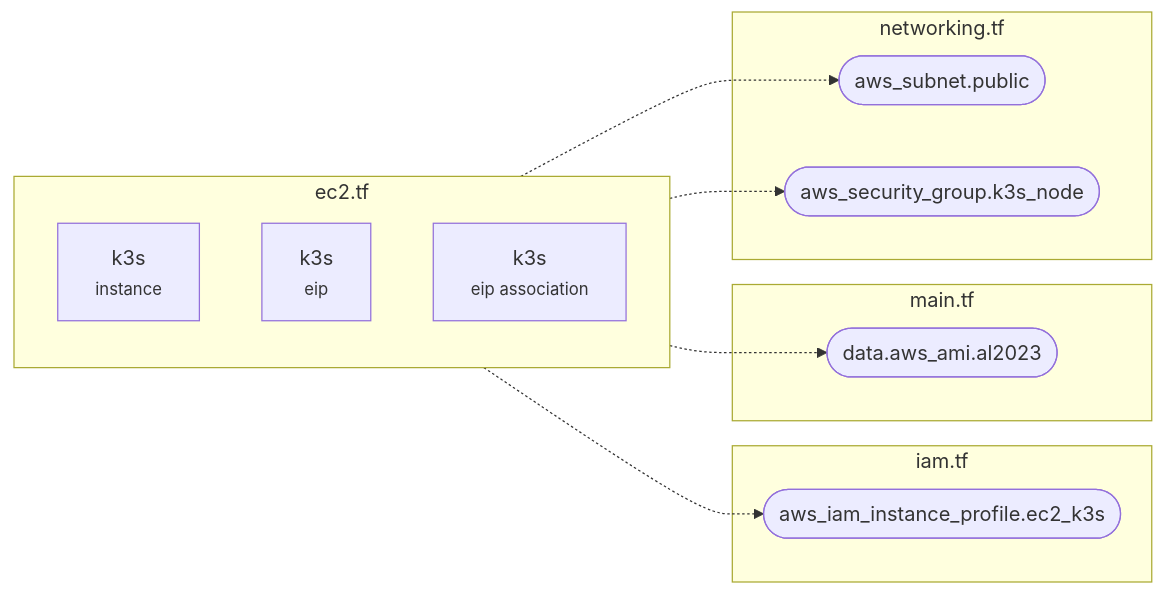
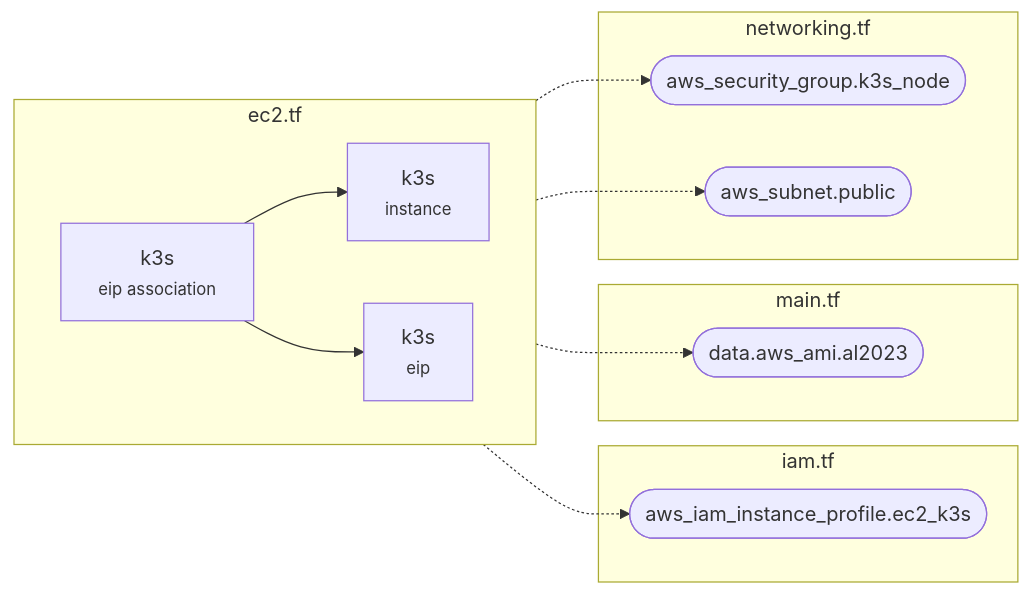
The diagram in infra/diagrams/per-file/ec2.mmd (macamp0328/liner-notes), drawn with Mermaid before and after one commit. The commit also changed 8 other files, not shown here.

First line of the commit message:
feat: cluster + colorize resource graph, accurate per-resource Mermaid edges (#138)

```diff
--- a/infra/diagrams/per-file/ec2.mmd
+++ b/infra/diagrams/per-file/ec2.mmd
@@ -1,22 +1,25 @@
 %% Auto-generated by scripts/diagrams/generate.ts — do not edit by hand.
 %% Source: infra/terraform/ec2.tf
 flowchart LR
   subgraph this["ec2.tf"]
+    direction LR
     aws_instance_k3s["k3s<br/><small>instance</small>"]
     aws_eip_k3s["k3s<br/><small>eip</small>"]
     aws_eip_association_k3s["k3s<br/><small>eip association</small>"]
   end
   subgraph ext_iam_tf["iam.tf"]
     aws_iam_instance_profile_ec2_k3s(["aws_iam_instance_profile.ec2_k3s"])
   end
   subgraph ext_main_tf["main.tf"]
     data_aws_ami_al2023(["data.aws_ami.al2023"])
   end
   subgraph ext_networking_tf["networking.tf"]
+    aws_security_group_k3s_node(["aws_security_group.k3s_node"])
     aws_subnet_public(["aws_subnet.public"])
-    aws_security_group_k3s_node(["aws_security_group.k3s_node"])
   end
-  this -.-> aws_subnet_public
-  this -.-> aws_security_group_k3s_node
-  this -.-> aws_iam_instance_profile_ec2_k3s
-  this -.-> data_aws_ami_al2023
+  aws_eip_association_k3s --> aws_eip_k3s
+  aws_eip_association_k3s --> aws_instance_k3s
+  aws_instance_k3s -.-> aws_iam_instance_profile_ec2_k3s
+  aws_instance_k3s -.-> aws_security_group_k3s_node
+  aws_instance_k3s -.-> aws_subnet_public
+  aws_instance_k3s -.-> data_aws_ami_al2023
```
